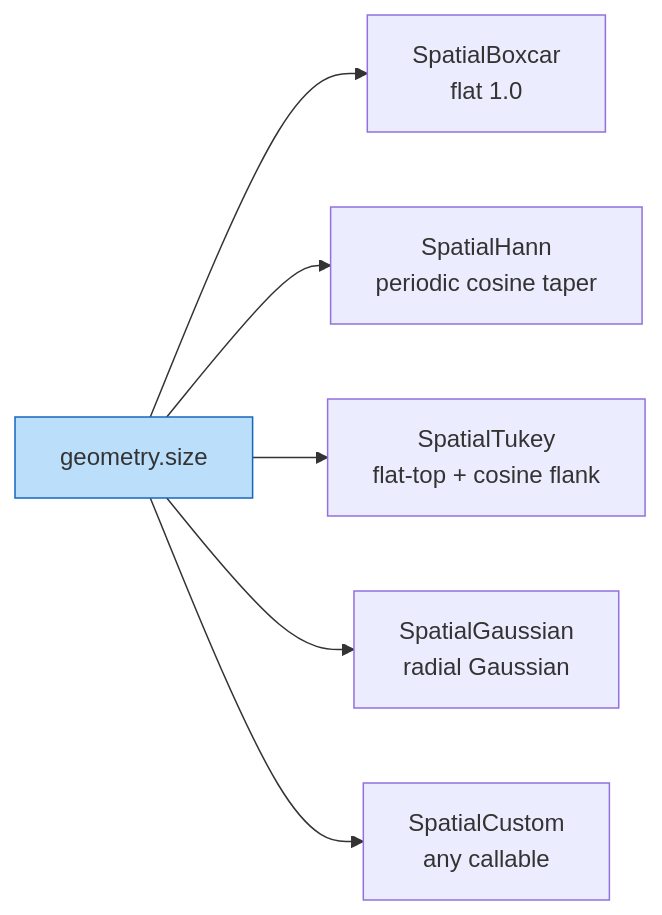
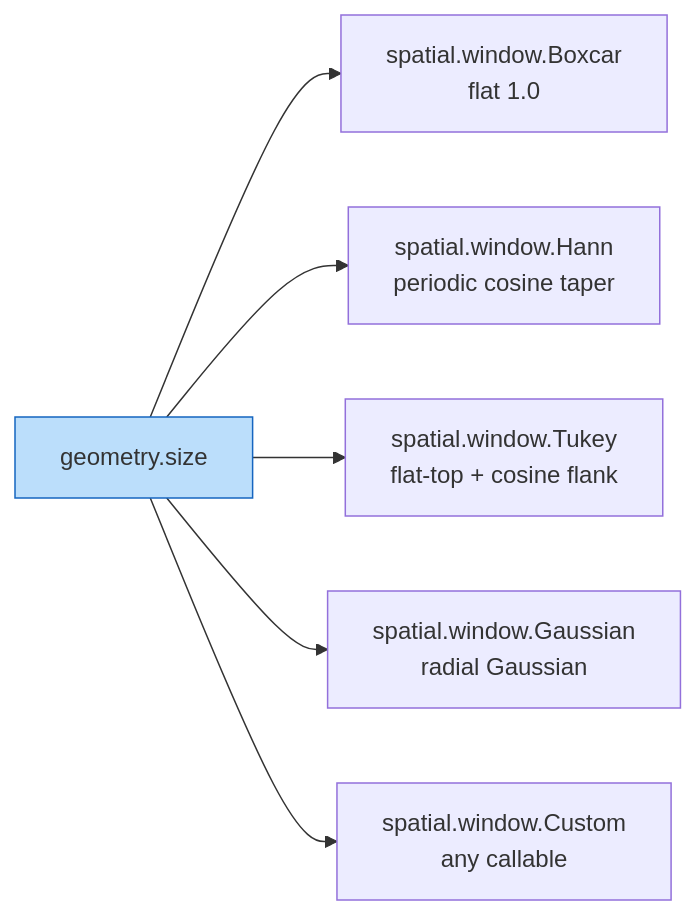
One commit to jejjohnson/geotoolz changed the fourth of 5 diagrams in docs/patcher/concepts.md. Above: the diagram before and after it, drawn with Mermaid. The commit also changed other lines of this file and 204 other files, not shown here.

````diff
--- a/docs/patcher/concepts.md
+++ b/docs/patcher/concepts.md
@@ -72,9 +72,9 @@
 ```mermaid
 flowchart LR
-    Geom[geometry.size] --> BC[SpatialBoxcar<br/>flat 1.0]
-    Geom --> HN[SpatialHann<br/>periodic cosine taper]
-    Geom --> TK[SpatialTukey<br/>flat-top + cosine flank]
-    Geom --> GS[SpatialGaussian<br/>radial Gaussian]
-    Geom --> CU[SpatialCustom<br/>any callable]
+    Geom[geometry.size] --> BC[spatial.window.Boxcar<br/>flat 1.0]
+    Geom --> HN[spatial.window.Hann<br/>periodic cosine taper]
+    Geom --> TK[spatial.window.Tukey<br/>flat-top + cosine flank]
+    Geom --> GS[spatial.window.Gaussian<br/>radial Gaussian]
+    Geom --> CU[spatial.window.Custom<br/>any callable]
     style Geom fill:#bbdefb,stroke:#1565c0
 ```
````
